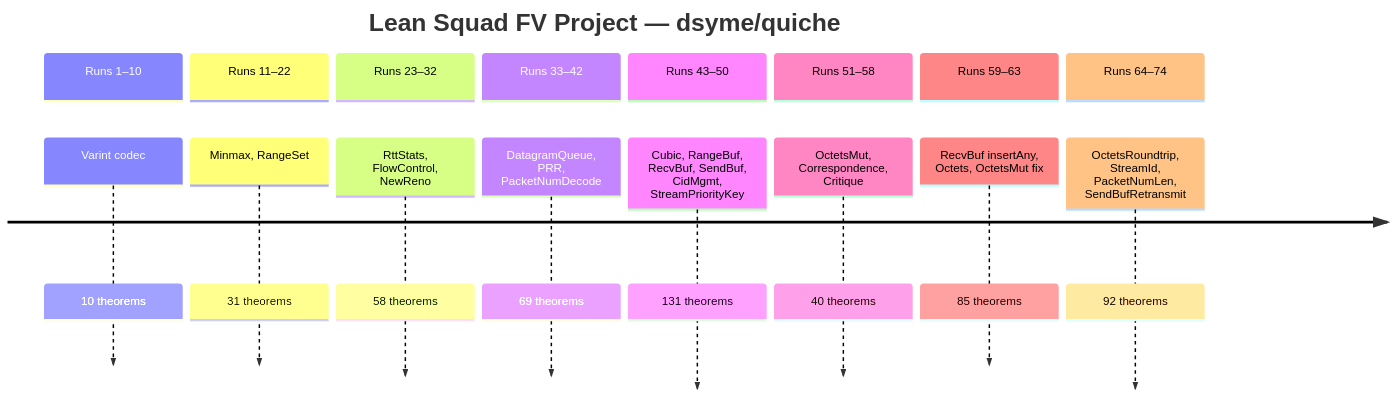
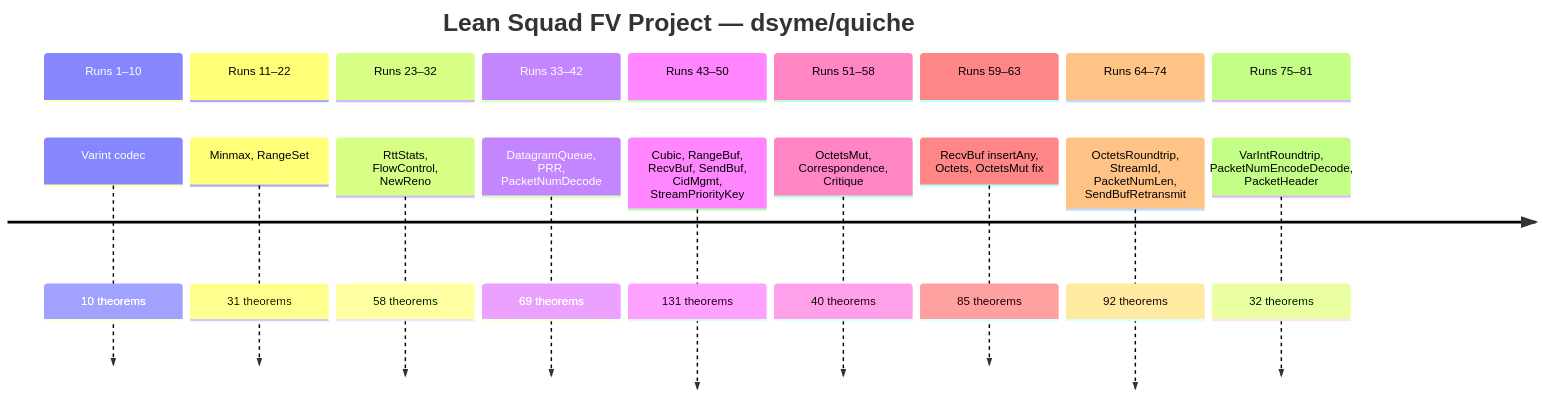
The seventh of 7 diagrams in formal-verification/REPORT.md (dsyme/quiche), drawn with Mermaid before and after one commit. The commit also changed other lines of this file and 2 other files, not shown here.

````diff
--- a/formal-verification/REPORT.md
+++ b/formal-verification/REPORT.md
@@ -295,20 +310,22 @@
 ```mermaid
 timeline
     title Lean Squad FV Project — dsyme/quiche
     section Runs 1–10
         Varint codec : 10 theorems
     section Runs 11–22
         Minmax, RangeSet : 31 theorems
     section Runs 23–32
         RttStats, FlowControl, NewReno : 58 theorems
     section Runs 33–42
         DatagramQueue, PRR, PacketNumDecode : 69 theorems
     section Runs 43–50
         Cubic, RangeBuf, RecvBuf, SendBuf, CidMgmt, StreamPriorityKey : 131 theorems
     section Runs 51–58
         OctetsMut, Correspondence, Critique : 40 theorems
     section Runs 59–63
         RecvBuf insertAny, Octets, OctetsMut fix : 85 theorems
     section Runs 64–74
         OctetsRoundtrip, StreamId, PacketNumLen, SendBufRetransmit : 92 theorems
+    section Runs 75–81
+        VarIntRoundtrip, PacketNumEncodeDecode, PacketHeader : 32 theorems
 ```
````
